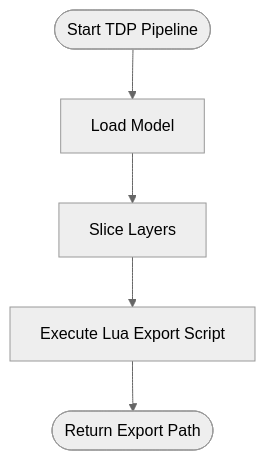
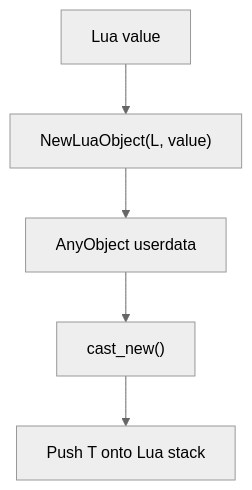
One commit to hsmbanlance/HsBaSlicer changed the eighth of 10 diagrams in .qoder/repowiki/en/content/Advanced Features/Advanced Features.md. Above: the diagram before and after it, drawn with Mermaid (neutral theme). The commit also changed other lines of this file and 1095 other files, not shown here.

````diff
--- a/.qoder/repowiki/en/content/Advanced Features/Advanced Features.md
+++ b/.qoder/repowiki/en/content/Advanced Features/Advanced Features.md
@@ -464,7 +395,7 @@
 ```mermaid
 flowchart TD
-Start(["Start TDP Pipeline"]) --> Load["Load Model"]
-Load --> Slice["Slice Layers"]
-Slice --> Export["Execute Lua Export Script"]
-Export --> End(["Return Export Path"])
+FromLua["Lua value"] --> Wrap["NewLuaObject<AnyObject, name>(L, value)"]
+Wrap --> AnyObj["AnyObject userdata"]
+AnyObj --> Cast["cast_new<T>()"]
+Cast --> ToLua["Push T onto Lua stack"]
 ```
````
